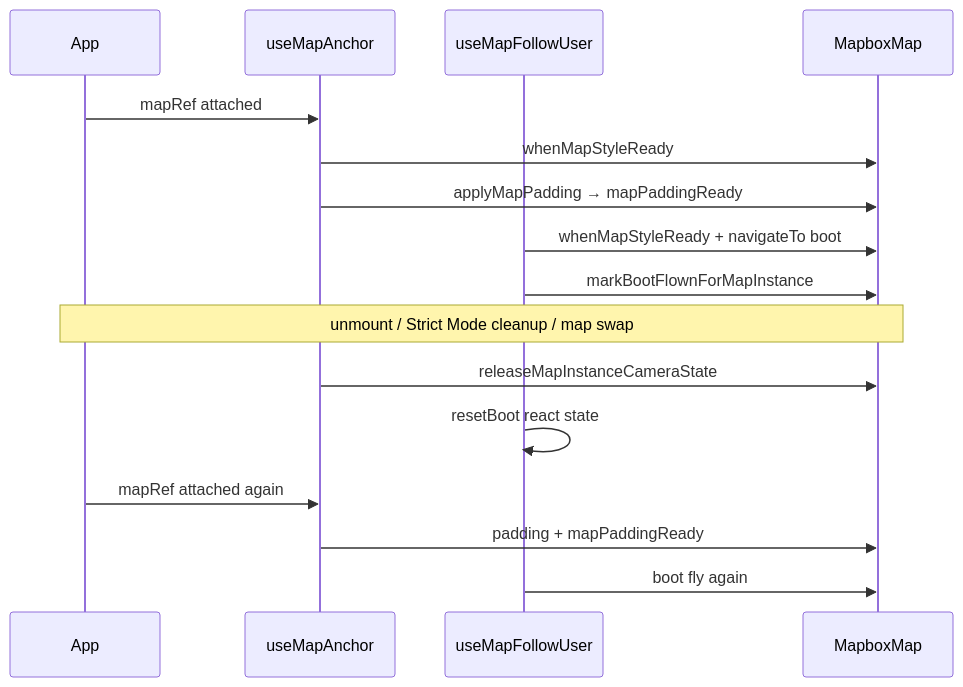
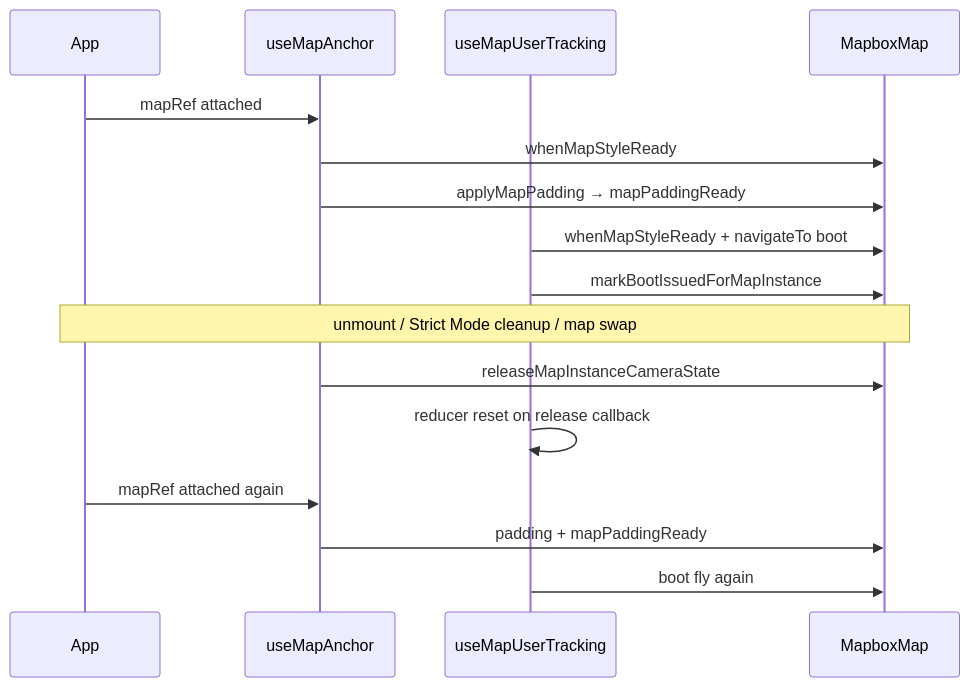
Before and after one commit to UltimateTag-Studios/sheet-map: the second of 2 diagrams in docs/camera-rules.md, drawn with Mermaid. The commit also changed other lines of this file and 6 other files, not shown here.

````diff
--- a/docs/camera-rules.md
+++ b/docs/camera-rules.md
@@ -149,21 +149,21 @@
 ```mermaid
 sequenceDiagram
   participant App
   participant Anchor as useMapAnchor
-  participant Follow as useMapFollowUser
+  participant Tracking as useMapUserTracking
   participant Map as MapboxMap
 
   App->>Anchor: mapRef attached
   Anchor->>Map: whenMapStyleReady
   Anchor->>Map: applyMapPadding → mapPaddingReady
-  Follow->>Map: whenMapStyleReady + navigateTo boot
-  Follow->>Map: markBootFlownForMapInstance
+  Tracking->>Map: whenMapStyleReady + navigateTo boot
+  Tracking->>Map: markBootIssuedForMapInstance
 
   Note over App,Map: unmount / Strict Mode cleanup / map swap
   Anchor->>Map: releaseMapInstanceCameraState
-  Follow->>Follow: resetBoot react state
+  Tracking->>Tracking: reducer reset on release callback
 
   App->>Anchor: mapRef attached again
   Anchor->>Map: padding + mapPaddingReady
-  Follow->>Map: boot fly again
+  Tracking->>Map: boot fly again
 ```
````
